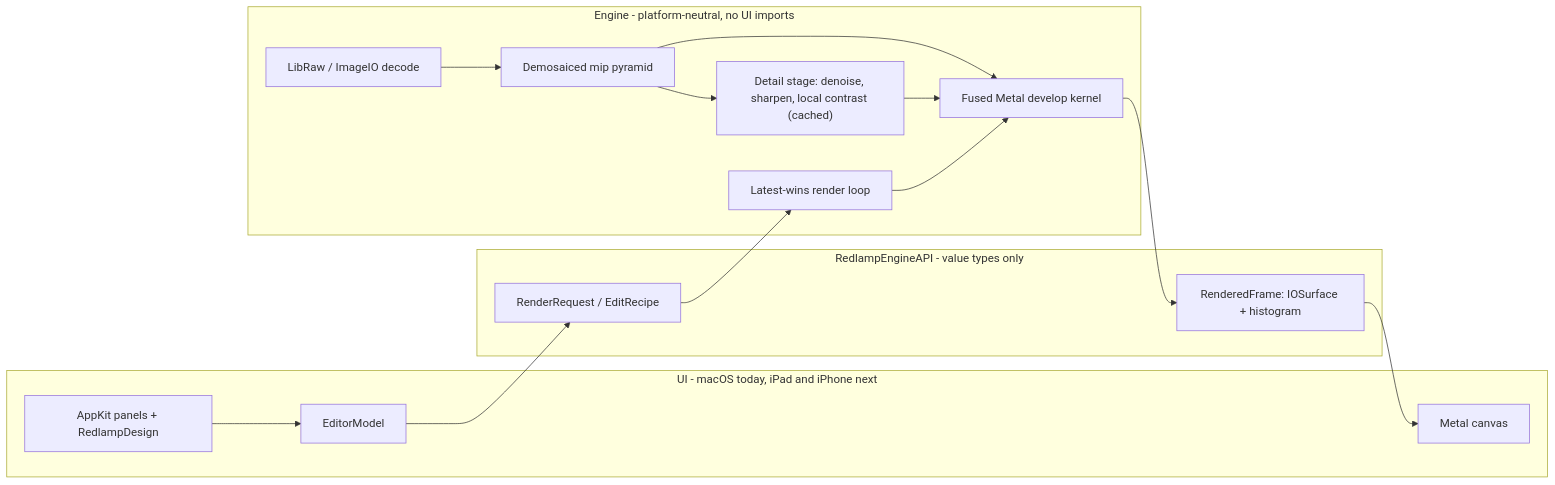
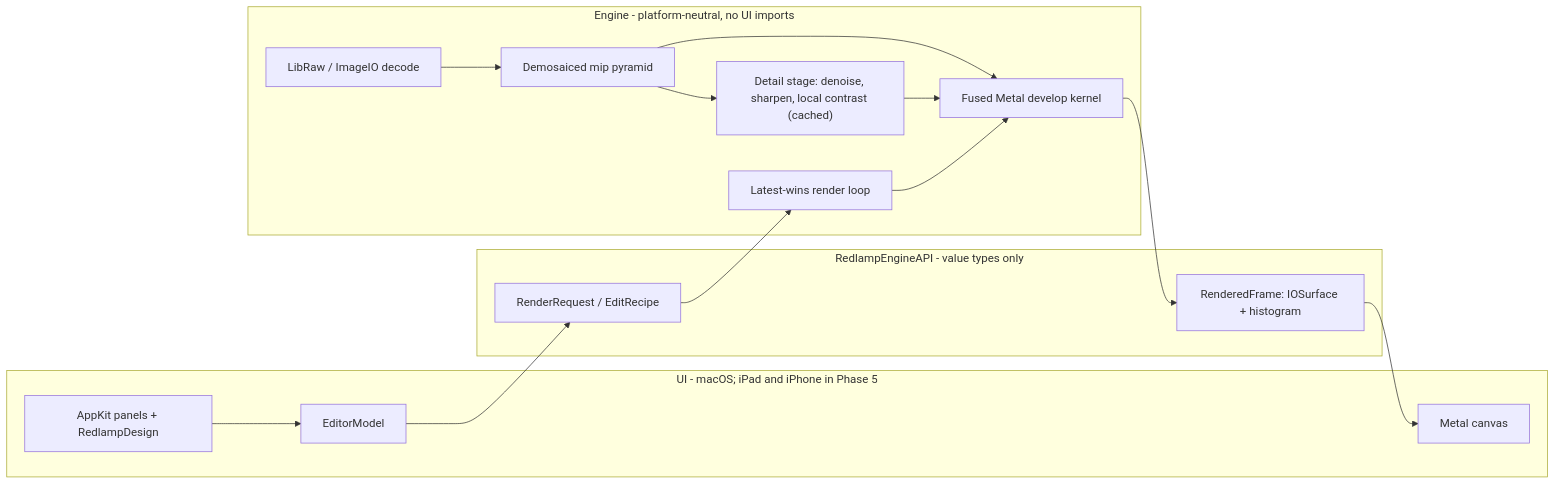
Before and after one commit to pdcgomes/redlamp: the diagram in README.md, drawn with Mermaid. The commit also changed other lines of this file and 1 other file, not shown here.

Commit message:
Roadmap: Mac first; move iPad and iPhone to a new Phase 5 after 1.0 (DEC-20)

````diff
--- a/README.md
+++ b/README.md
@@ -660,19 +666,19 @@
 ```mermaid
 flowchart LR
-    subgraph ui [UI - macOS today, iPad and iPhone next]
+    subgraph ui [UI - macOS; iPad and iPhone in Phase 5]
         Views["AppKit panels + RedlampDesign"] --> Model["EditorModel"]
         Canvas["Metal canvas"]
     end
     subgraph api [RedlampEngineAPI - value types only]
         Req["RenderRequest / EditRecipe"]
         Frame["RenderedFrame: IOSurface + histogram"]
     end
     subgraph engine [Engine - platform-neutral, no UI imports]
         Sched["Latest-wins render loop"] --> Kernels["Fused Metal develop kernel"]
         Pyramid["Demosaiced mip pyramid"] --> Kernels
         Pyramid --> Detail["Detail stage: denoise, sharpen, local contrast (cached)"] --> Kernels
         Decode["LibRaw / ImageIO decode"] --> Pyramid
     end
     Model --> Req --> Sched
     Kernels --> Frame --> Canvas
 ```
````
